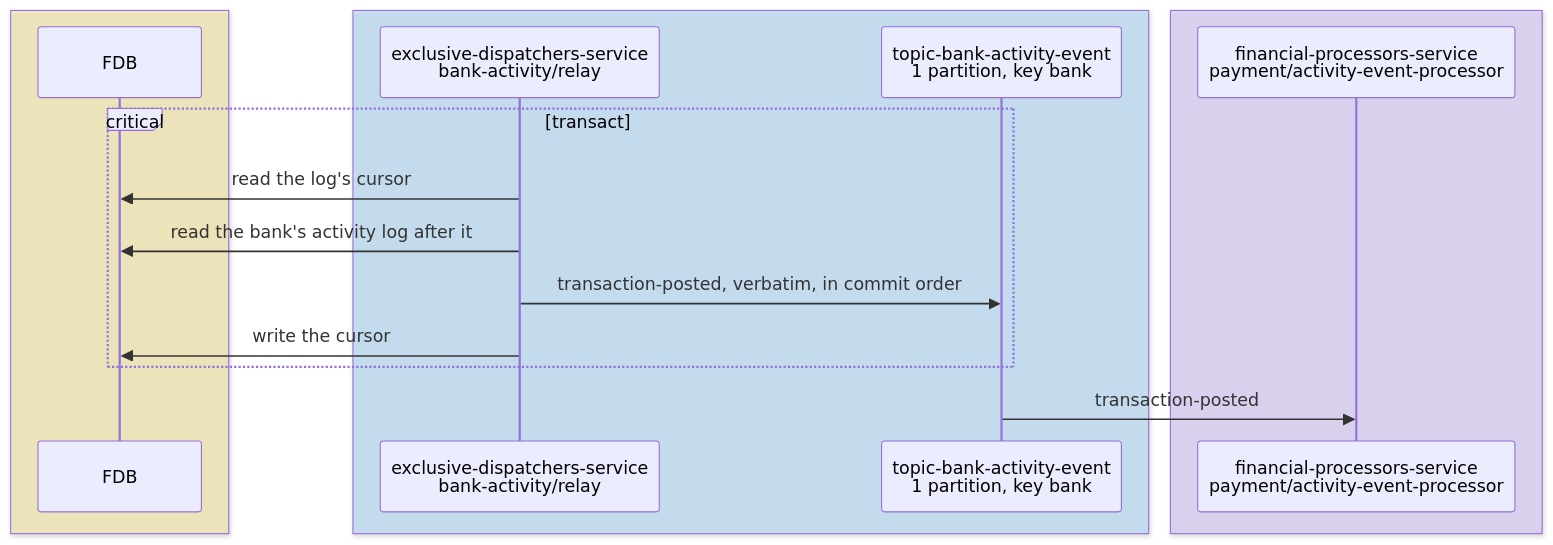
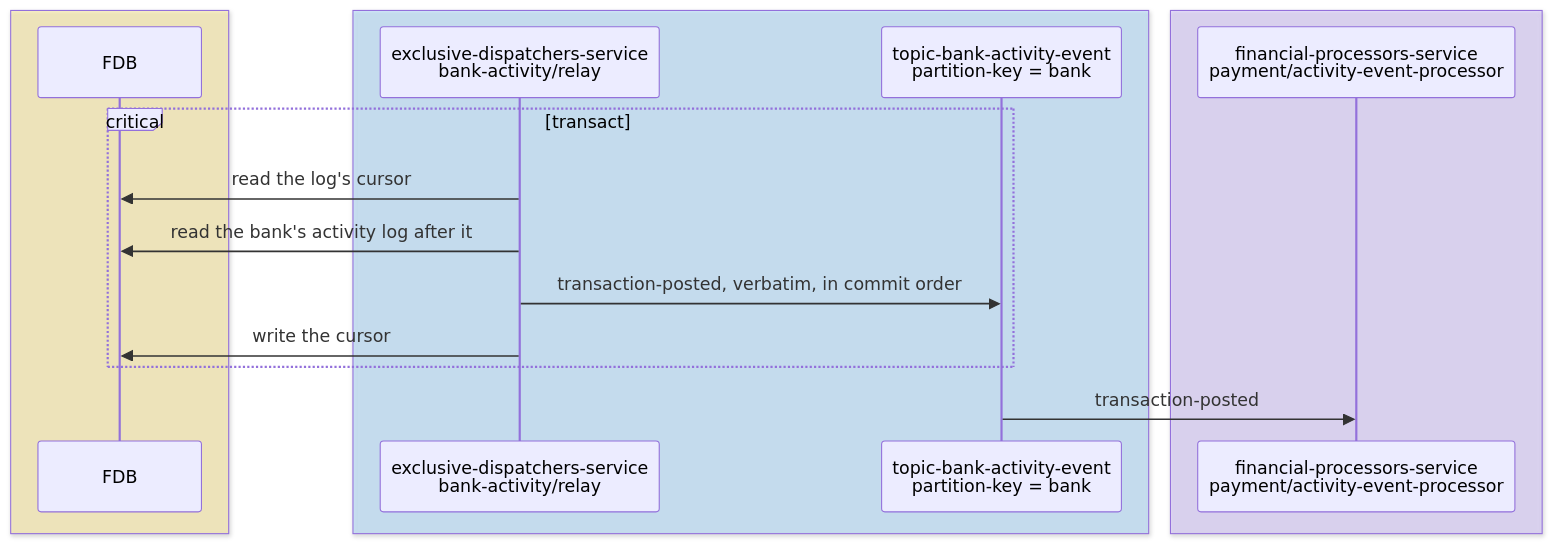
The fourth of 7 diagrams in docs/tdd/payments-internal.md (repldriven/queenswood), drawn with Mermaid before and after one commit. The commit also changed other lines of this file, not shown here.

Commit message:
Name each topic's partition key rather than its partition count

````diff
--- a/docs/tdd/payments-internal.md
+++ b/docs/tdd/payments-internal.md
@@ -218,20 +214,20 @@
 ```mermaid
 sequenceDiagram
     box rgba(255, 236, 153, 0.5)
     participant DB as FDB
     end
     box rgba(165, 216, 255, 0.45)
     participant AR as exclusive-dispatchers-service<br/>bank-activity/relay
-    participant AE as topic-bank-activity-event<br/>1 partition, key bank
+    participant AE as topic-bank-activity-event<br/>partition-key = bank
     end
     box rgba(208, 191, 255, 0.45)
     participant AP as financial-processors-service<br/>payment/activity-event-processor
     end
     critical transact
     AR->>DB: read the log's cursor
     AR->>DB: read the bank's activity log after it
     AR->>AE: transaction-posted, verbatim, in commit order
     AR->>DB: write the cursor
     end
     AE->>AP: transaction-posted
 ```
````
